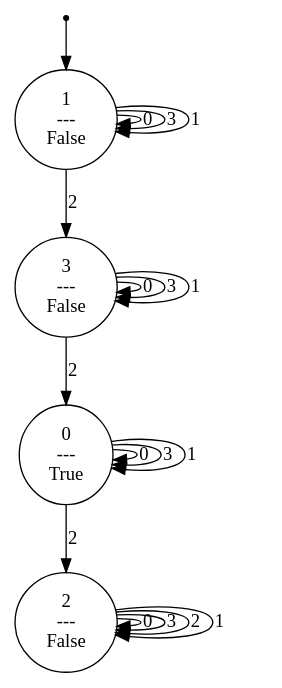
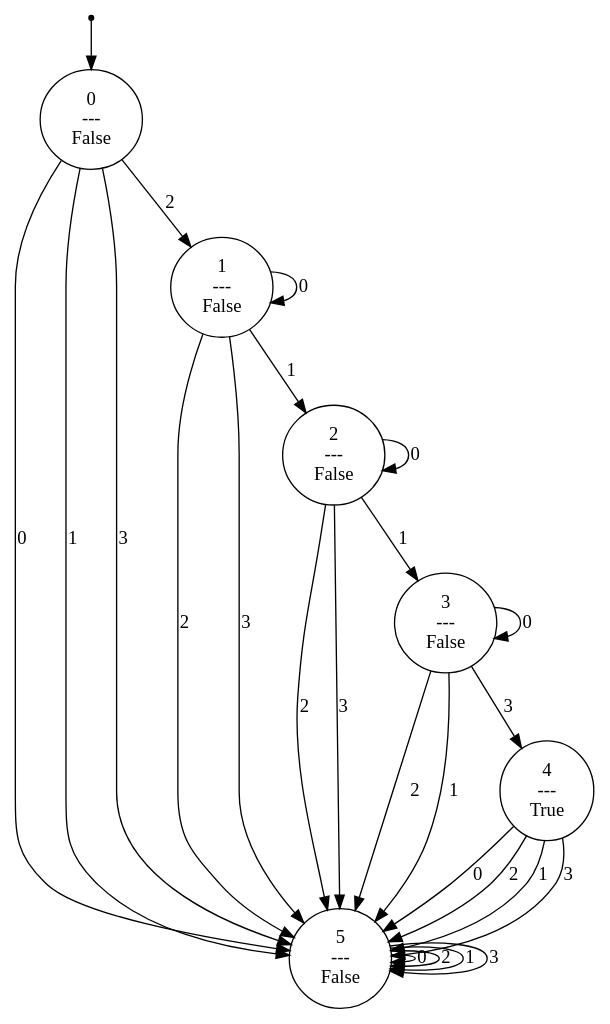
The diagram in code/dot/m3.dot (srnapls/history-rewards-for-pomdps), drawn with Graphviz before and after one commit. The commit also changed 35 other files, not shown here.

```diff
--- a/code/dot/m3.dot
+++ b/code/dot/m3.dot
@@ -1,24 +1,34 @@
 digraph G {
 0 [label="", shape=point];
-0 -> 2;
-1 [label="0\n---\nTrue"];
-1 -> 1  [label=0];
-1 -> 1  [label=3];
-1 -> 3  [label=2];
-1 -> 1  [label=1];
+0 -> 1;
+1 [label="0\n---\nFalse"];
+1 -> 6  [label=0];
+1 -> 2  [label=2];
+1 -> 6  [label=1];
+1 -> 6  [label=3];
 2 [label="1\n---\nFalse"];
 2 -> 2  [label=0];
-2 -> 2  [label=3];
-2 -> 4  [label=2];
-2 -> 2  [label=1];
+2 -> 6  [label=2];
+2 -> 3  [label=1];
+2 -> 6  [label=3];
 3 [label="2\n---\nFalse"];
 3 -> 3  [label=0];
-3 -> 3  [label=3];
-3 -> 3  [label=2];
-3 -> 3  [label=1];
+3 -> 6  [label=2];
+3 -> 4  [label=1];
+3 -> 6  [label=3];
 4 [label="3\n---\nFalse"];
 4 -> 4  [label=0];
-4 -> 4  [label=3];
-4 -> 1  [label=2];
-4 -> 4  [label=1];
+4 -> 6  [label=2];
+4 -> 6  [label=1];
+4 -> 5  [label=3];
+5 [label="4\n---\nTrue"];
+5 -> 6  [label=0];
+5 -> 6  [label=2];
+5 -> 6  [label=1];
+5 -> 6  [label=3];
+6 [label="5\n---\nFalse"];
+6 -> 6  [label=0];
+6 -> 6  [label=2];
+6 -> 6  [label=1];
+6 -> 6  [label=3];
 }
```
